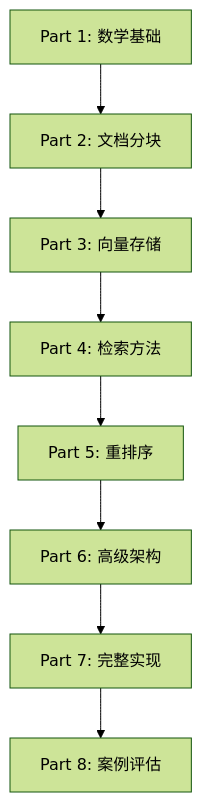
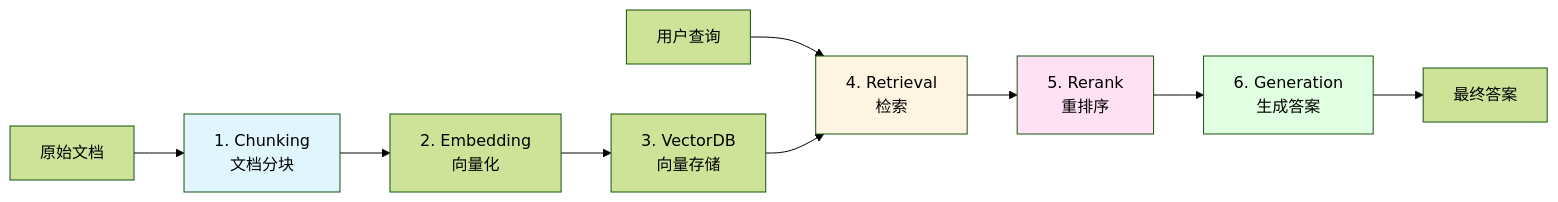
One commit to LordFoxFairy/NiKo-NoteBook changed the first of 3 diagrams in 大模型笔记/第四部分：大模型应用开发/第2章_检索增强生成（RAG）原理.md. Above: the diagram before and after it, drawn with Mermaid (forest theme). The commit also changed other lines of this file and 28 other files, not shown here.

````diff
--- a/大模型笔记/第四部分：大模型应用开发/第2章_检索增强生成（RAG）原理.md
+++ b/大模型笔记/第四部分：大模型应用开发/第2章_检索增强生成（RAG）原理.md
@@ -63,10 +67,17 @@
 ```mermaid
-graph TD
-    A[Part 1: 数学基础] --> B[Part 2: 文档分块]
-    B --> C[Part 3: 向量存储]
-    C --> D[Part 4: 检索方法]
-    D --> E[Part 5: 重排序]
-    E --> F[Part 6: 高级架构]
-    F --> G[Part 7: 完整实现]
-    G --> H[Part 8: 案例评估]
+graph LR
+    A[原始文档] --> B[1. Chunking<br/>文档分块]
+    B --> C[2. Embedding<br/>向量化]
+    C --> D[3. VectorDB<br/>向量存储]
+
+    Q[用户查询] --> E[4. Retrieval<br/>检索]
+    D --> E
+    E --> F[5. Rerank<br/>重排序]
+    F --> G[6. Generation<br/>生成答案]
+    G --> H[最终答案]
+
+    style B fill:#e1f5ff
+    style E fill:#fff4e1
+    style F fill:#ffe1f5
+    style G fill:#e1ffe1
 ```
````
